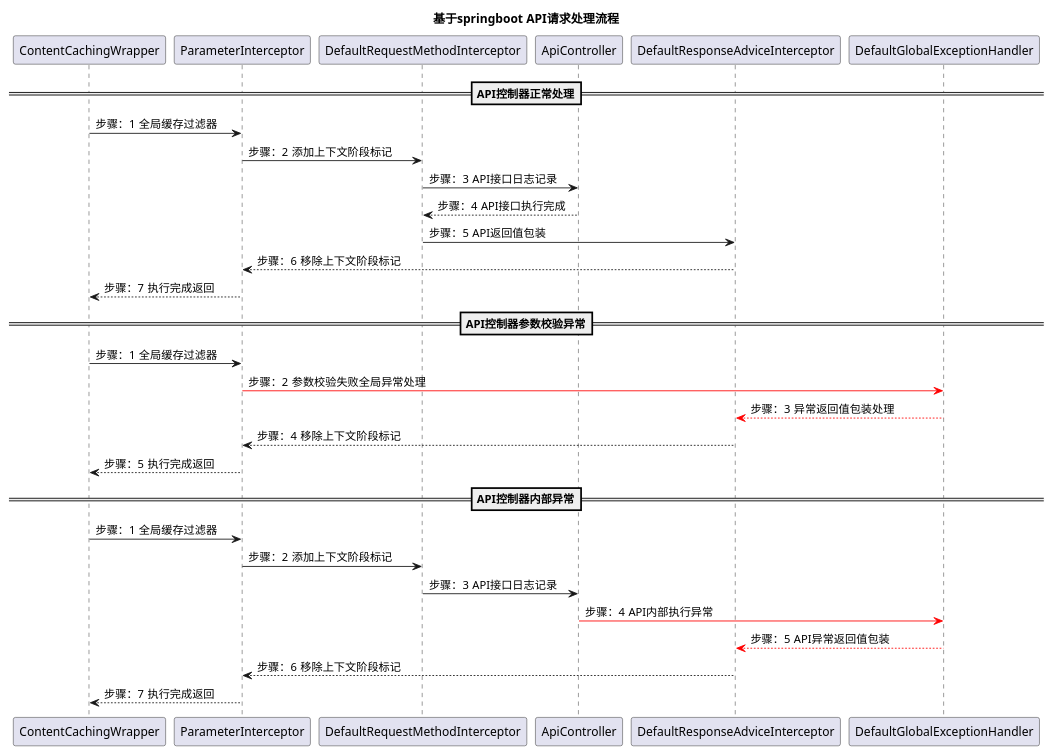
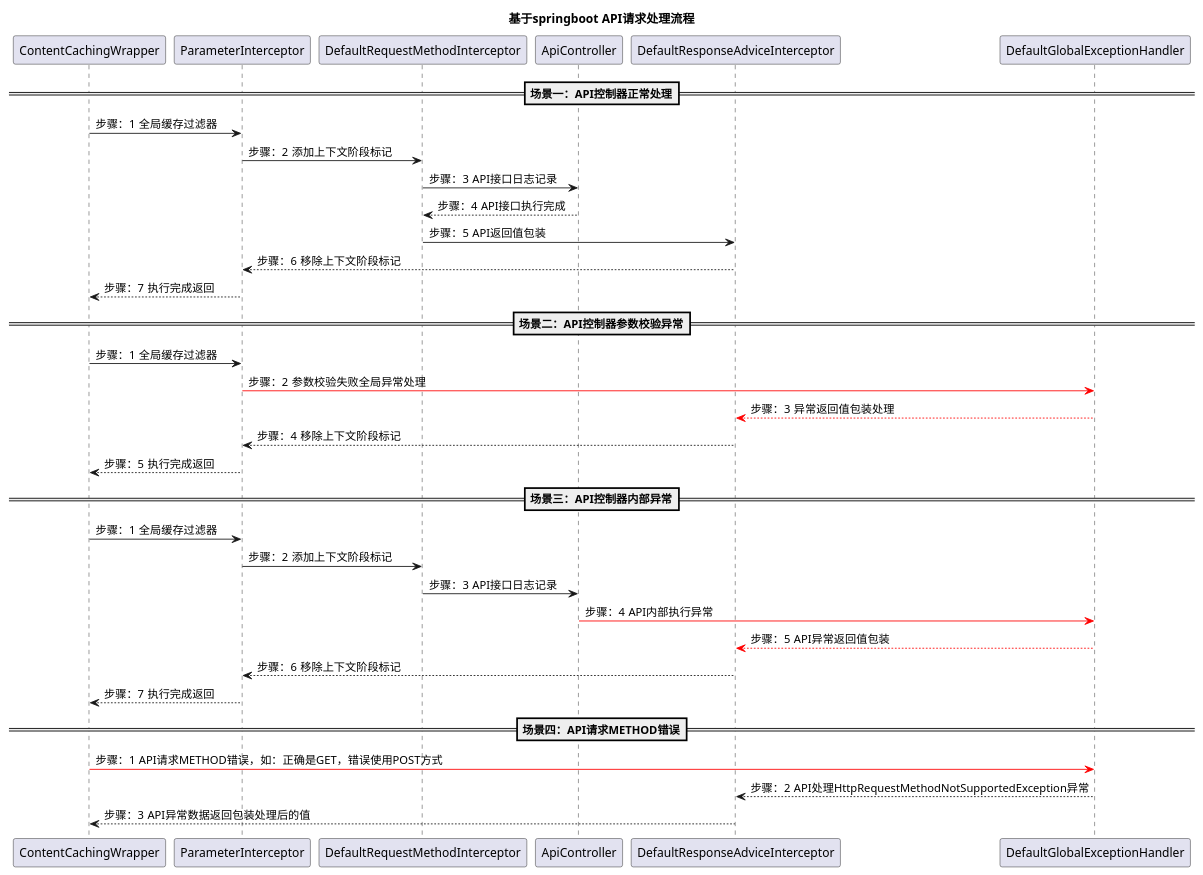
One commit to mingyang66/spring-parent changed the diagram in emily-spring-boot-project/emily-spring-boot-web/README.puml. Above: the diagram before and after it, drawn with PlantUML. The commit also changed 19 other files, not shown here.

```diff
--- a/emily-spring-boot-project/emily-spring-boot-web/README.puml
+++ b/emily-spring-boot-project/emily-spring-boot-web/README.puml
@@ -1,40 +1,48 @@
 @startuml
 'https://plantuml.com/sequence-diagram
 
 autonumber
 title 基于springboot API请求处理流程
 /'
 API控制器正常处理
 '/
-==API控制器正常处理==
+==场景一：API控制器正常处理==
 autonumber 1 1 "步骤："
 ContentCachingWrapper -> ParameterInterceptor:全局缓存过滤器
 ParameterInterceptor -> DefaultRequestMethodInterceptor:添加上下文阶段标记
 DefaultRequestMethodInterceptor -> ApiController:API接口日志记录
 DefaultRequestMethodInterceptor <-- ApiController:API接口执行完成
 DefaultResponseAdviceInterceptor <- DefaultRequestMethodInterceptor:API返回值包装
 ParameterInterceptor <-- DefaultResponseAdviceInterceptor:移除上下文阶段标记
 ContentCachingWrapper <-- ParameterInterceptor:执行完成返回
 /'
 API控制器参数校验异常
 '/
-==API控制器参数校验异常==
+==场景二：API控制器参数校验异常==
 autonumber 1 1 "步骤："
 ContentCachingWrapper -> ParameterInterceptor:全局缓存过滤器
 ParameterInterceptor -[#red]> DefaultGlobalExceptionHandler:参数校验失败全局异常处理
 DefaultResponseAdviceInterceptor <-[#red]- DefaultGlobalExceptionHandler:异常返回值包装处理
 ParameterInterceptor <-- DefaultResponseAdviceInterceptor:移除上下文阶段标记
 ContentCachingWrapper <-- ParameterInterceptor:执行完成返回
 /'
 API控制器内部异常
 '/
-==API控制器内部异常==
+==场景三：API控制器内部异常==
 autonumber 1 1 "步骤："
 ContentCachingWrapper -> ParameterInterceptor:全局缓存过滤器
 ParameterInterceptor -> DefaultRequestMethodInterceptor:添加上下文阶段标记
 DefaultRequestMethodInterceptor -> ApiController:API接口日志记录
 DefaultGlobalExceptionHandler <[#red]- ApiController:API内部执行异常
 DefaultResponseAdviceInterceptor <[#red]-- DefaultGlobalExceptionHandler:API异常返回值包装
 ParameterInterceptor <-- DefaultResponseAdviceInterceptor:移除上下文阶段标记
 ContentCachingWrapper <-- ParameterInterceptor:执行完成返回
+/'
+API请求METHOD错误
+'/
+==场景四：API请求METHOD错误==
+autonumber 1 1 "步骤："
+ContentCachingWrapper -[#red]> DefaultGlobalExceptionHandler:API请求METHOD错误，如：正确是GET，错误使用POST方式
+DefaultResponseAdviceInterceptor <-- DefaultGlobalExceptionHandler:API处理HttpRequestMethodNotSupportedException异常
+ContentCachingWrapper <-- DefaultResponseAdviceInterceptor:API异常数据返回包装处理后的值
 @enduml
```
